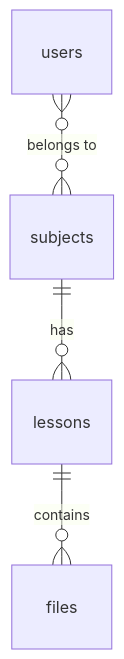
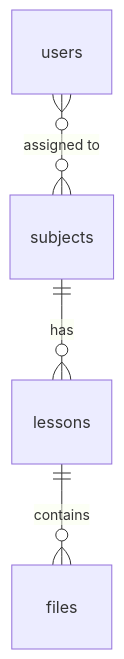
One commit to Readysoon/Setbox changed the diagram in README.md. Above: the diagram before and after it, drawn with Mermaid.

````diff
--- a/README.md
+++ b/README.md
@@ -94,6 +94,6 @@
 ```mermaid
     erDiagram
-        users }o--o{ subjects : "belongs to"
+        users }o--o{ subjects : "assigned to"
         subjects ||--o{ lessons : "has"
         lessons ||--o{ files : "contains"
 ```
````
